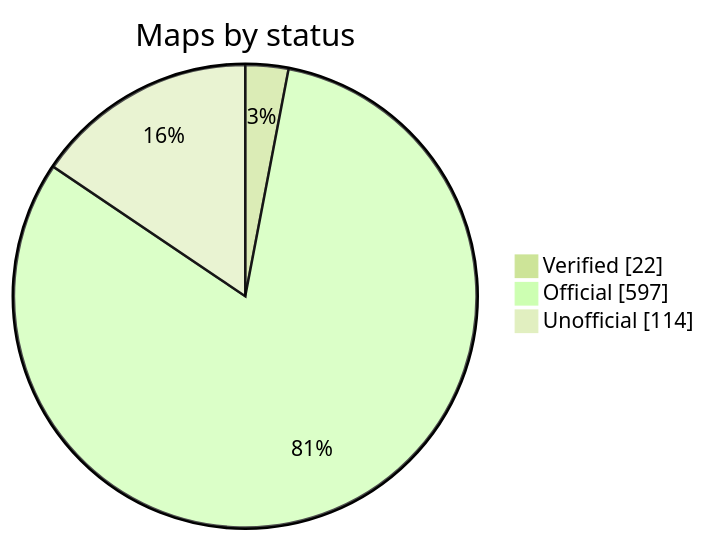
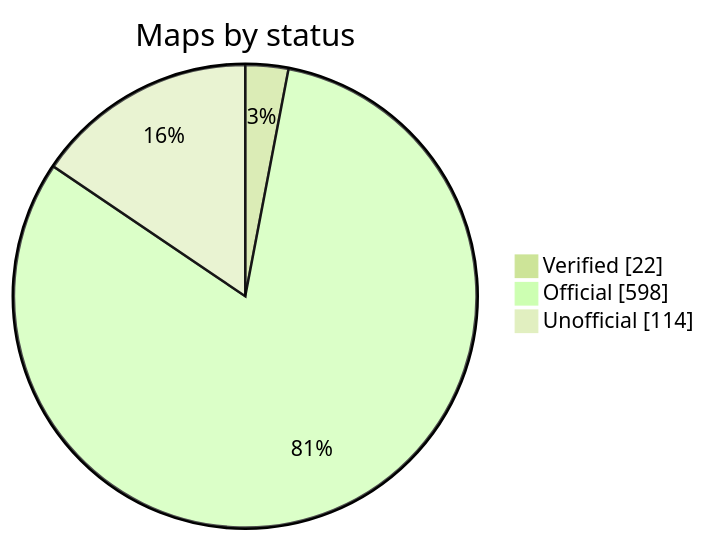
The diagram in README.md (nobrega8/mbmap-library), drawn with Mermaid (forest theme) before and after one commit. The commit also changed 6 other files, not shown here.

````diff
--- a/README.md
+++ b/README.md
@@ -52,7 +52,7 @@
 ```mermaid
 pie showData
     title Maps by status
     "Verified" : 22
-    "Official" : 597
+    "Official" : 598
     "Unofficial" : 114
 ```
````
